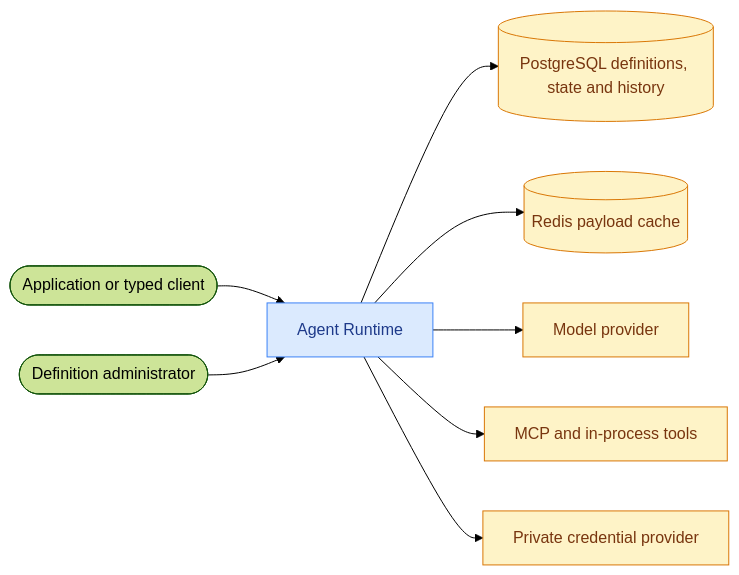
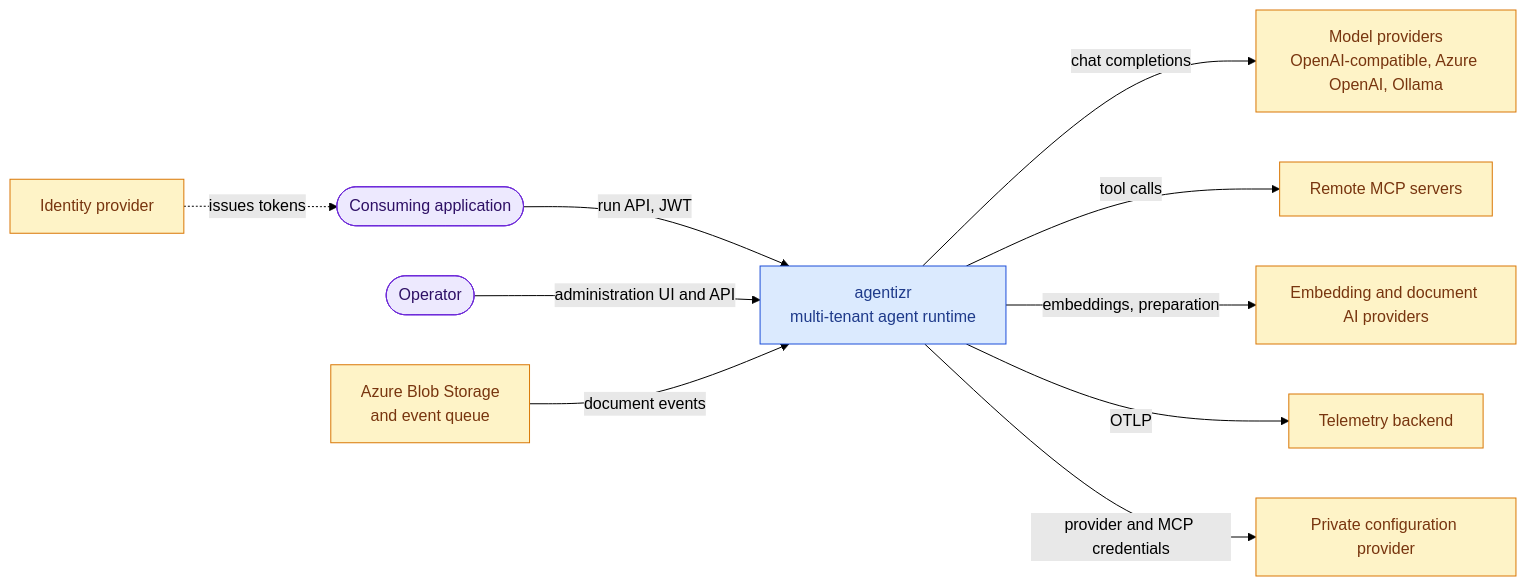
Before and after one commit to f2calv/agentizr: the diagram in README.md, drawn with Mermaid (forest theme). The commit also changed other lines of this file and 1 other file, not shown here.

Commit message:
docs(architecture): add top-down architecture drilldown
- Replace the README service diagram with a System Context view
- Add docs/architecture.md with containers, runtime host components, code map and execute-run sequence
- Link the drilldown from the README documentation list

````diff
--- a/README.md
+++ b/README.md
@@ -160,12 +161,16 @@
 ```mermaid
-graph LR
-    classDef owned fill:#dbeafe,stroke:#3b82f6,color:#1e3a8a
+flowchart LR
+    classDef system fill:#dbeafe,stroke:#1d4ed8,color:#1e3a8a
+    classDef person fill:#ede9fe,stroke:#6d28d9,color:#2e1065
     classDef external fill:#fef3c7,stroke:#d97706,color:#78350f
-    Client([Application or typed client]) --> Runtime[Agent Runtime]:::owned
-    Admin([Definition administrator]) --> Runtime
-    Runtime --> Definitions[(PostgreSQL definitions, state and history)]:::external
-    Runtime --> State[(Redis payload cache)]:::external
-    Runtime --> Model[Model provider]:::external
-    Runtime --> Tools[MCP and in-process tools]:::external
-    Runtime --> Credentials[Private credential provider]:::external
+
+    app([Consuming application]):::person -->|"run API, JWT"| agentizr[agentizr<br/>multi-tenant agent runtime]:::system
+    operator([Operator]):::person -->|"administration UI and API"| agentizr
+    idp[Identity provider]:::external -.->|"issues tokens"| app
+    agentizr -->|"chat completions"| models[Model providers<br/>OpenAI-compatible, Azure OpenAI, Ollama]:::external
+    agentizr -->|"tool calls"| mcp[Remote MCP servers]:::external
+    blob[Azure Blob Storage<br/>and event queue]:::external -->|"document events"| agentizr
+    agentizr -->|"embeddings, preparation"| ai[Embedding and document AI providers]:::external
+    agentizr -->|"OTLP"| otel[Telemetry backend]:::external
+    agentizr -->|"provider and MCP credentials"| secrets[Private configuration provider]:::external
 ```
````
